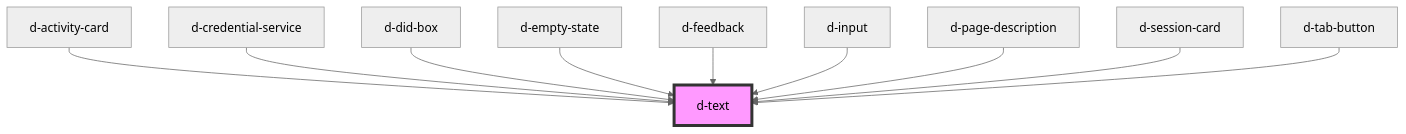
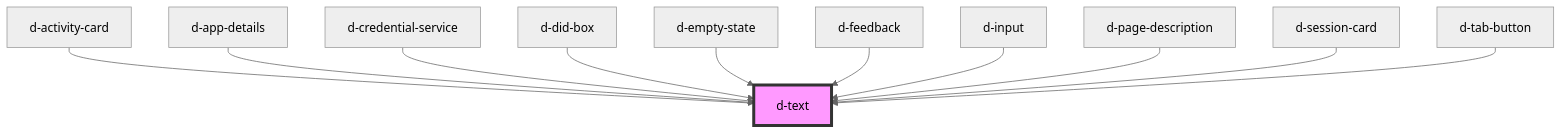
The diagram in src/components/text/readme.md (ForkbombEu/didroom-components), drawn with Mermaid (neutral theme) before and after one commit. The commit also changed other lines of this file and 7 other files, not shown here.

Commit message:
feat: app details

````diff
--- a/src/components/text/readme.md
+++ b/src/components/text/readme.md
@@ -31,13 +32,14 @@
 ```mermaid
 graph TD;
   d-activity-card --> d-text
+  d-app-details --> d-text
   d-credential-service --> d-text
   d-did-box --> d-text
   d-empty-state --> d-text
   d-feedback --> d-text
   d-input --> d-text
   d-page-description --> d-text
   d-session-card --> d-text
   d-tab-button --> d-text
   style d-text fill:#f9f,stroke:#333,stroke-width:4px
 ```
````
